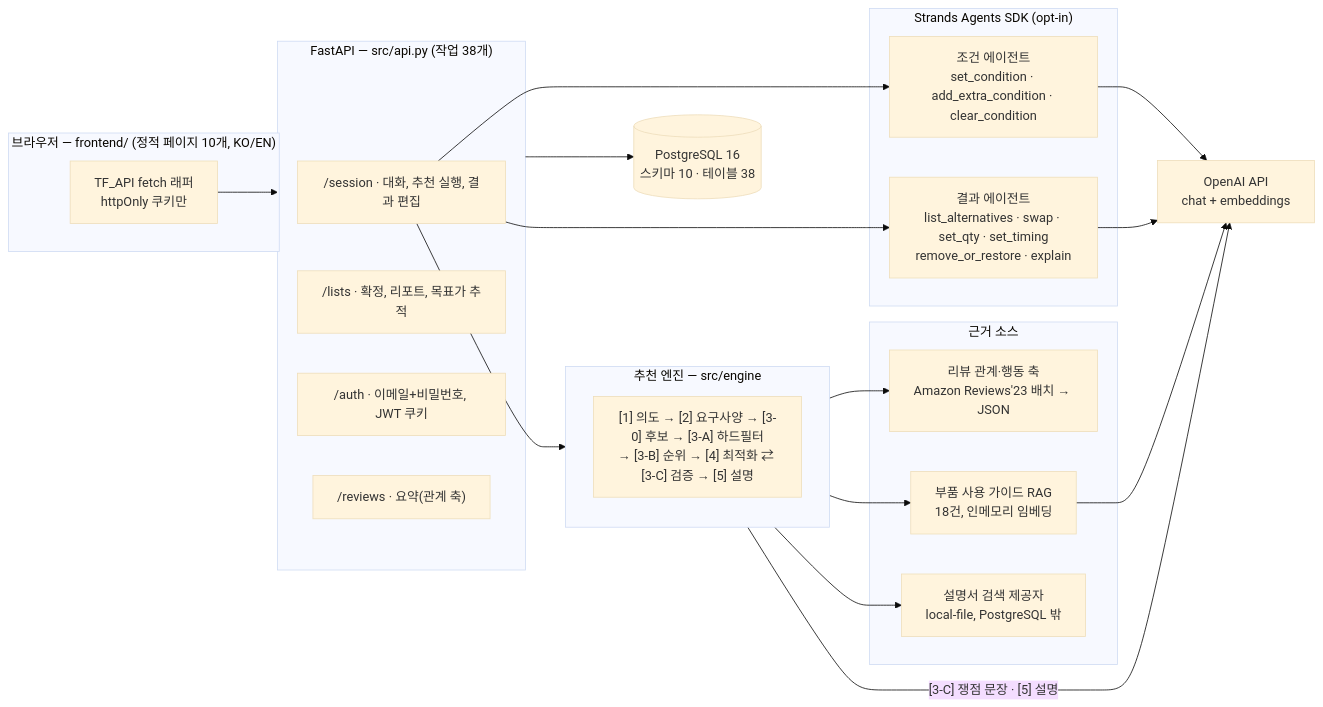
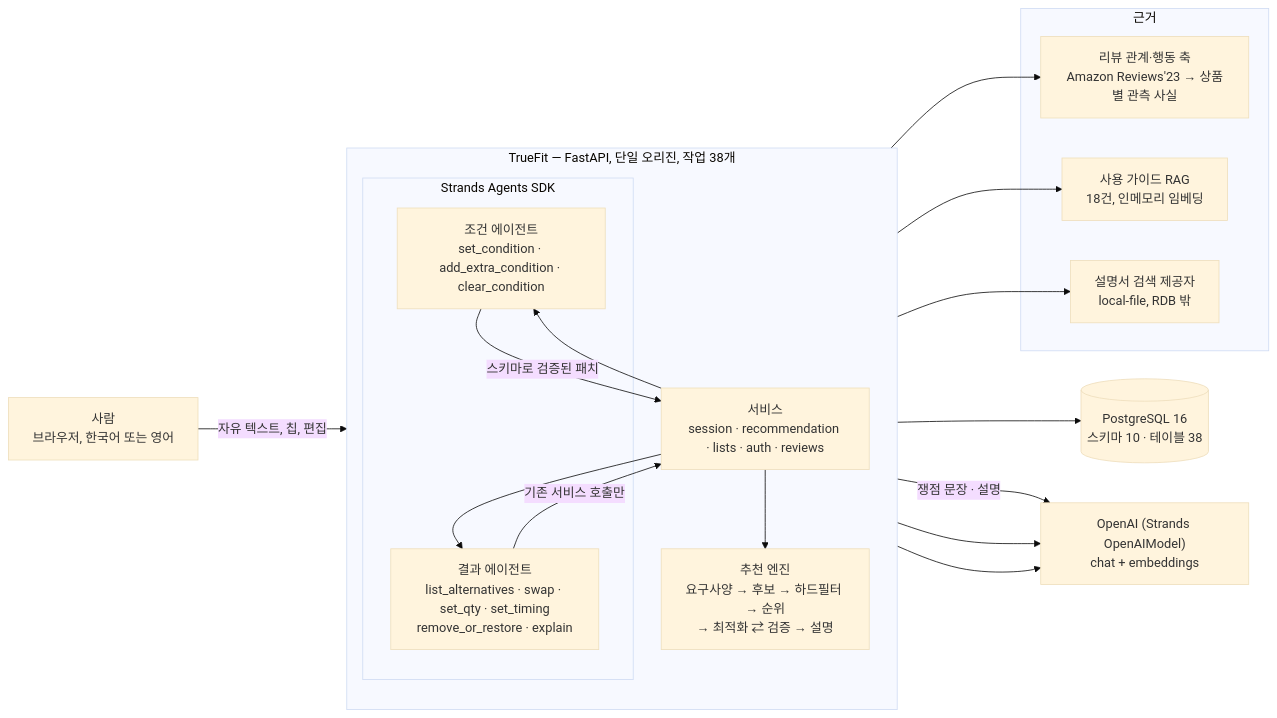
The diagram in README.ko.md (SKNETWORKS-FAMILY-AICAMP/SKN32-FINAL-4TEAM), drawn with Mermaid (base theme) before and after one commit. The commit also changed other lines of this file and 7 other files, not shown here.

````diff
--- a/README.ko.md
+++ b/README.ko.md
@@ -29,33 +85,33 @@
 ```mermaid
 flowchart LR
-  subgraph Browser["브라우저 — frontend/ (정적 페이지 10개, KO/EN)"]
-    UI["TF_API fetch 래퍼<br/>httpOnly 쿠키만"]
+  U["사람<br/>브라우저, 한국어 또는 영어"]
+  subgraph App["TrueFit — FastAPI, 단일 오리진, 작업 38개"]
+    direction TB
+    SVC["서비스<br/>session · recommendation · lists · auth · reviews"]
+    subgraph Strands["Strands Agents SDK"]
+      CA["조건 에이전트<br/>set_condition · add_extra_condition · clear_condition"]
+      RA["결과 에이전트<br/>list_alternatives · swap · set_qty · set_timing<br/>remove_or_restore · explain"]
+    end
+    ENG["추천 엔진<br/>요구사양 → 후보 → 하드필터 → 순위<br/>→ 최적화 ⇄ 검증 → 설명"]
   end
-  subgraph API["FastAPI — src/api.py (작업 38개)"]
-    S["/session · 대화, 추천 실행, 결과 편집"]
-    L["/lists · 확정, 리포트, 목표가 추적"]
-    A["/auth · 이메일+비밀번호, JWT 쿠키"]
-    RV["/reviews · 요약(관계 축)"]
-  end
-  subgraph Agents["Strands Agents SDK (opt-in)"]
-    CA["조건 에이전트<br/>set_condition · add_extra_condition · clear_condition"]
-    RA["결과 에이전트<br/>list_alternatives · swap · set_qty · set_timing<br/>remove_or_restore · explain"]
-  end
-  subgraph Engine["추천 엔진 — src/engine"]
-    E["[1] 의도 → [2] 요구사양 → [3-0] 후보 → [3-A] 하드필터<br/>→ [3-B] 순위 → [4] 최적화 ⇄ [3-C] 검증 → [5] 설명"]
-  end
-  subgraph Evidence["근거 소스"]
-    RX["리뷰 관계·행동 축<br/>Amazon Reviews'23 배치 → JSON"]
-    CG["부품 사용 가이드 RAG<br/>18건, 인메모리 임베딩"]
-    MR["설명서 검색 제공자<br/>local-file, PostgreSQL 밖"]
+  subgraph Ev["근거"]
+    RX["리뷰 관계·행동 축<br/>Amazon Reviews'23 → 상품별 관측 사실"]
+    CG["사용 가이드 RAG<br/>18건, 인메모리 임베딩"]
+    MR["설명서 검색 제공자<br/>local-file, RDB 밖"]
   end
   DB[("PostgreSQL 16<br/>스키마 10 · 테이블 38")]
-  LLM["OpenAI API<br/>chat + embeddings"]
-  UI --> API
-  S --> CA & RA & Engine
-  Engine --> RX & CG & MR
-  API --> DB
-  CA & RA --> LLM
-  Engine -- "[3-C] 쟁점 문장 · [5] 설명" --> LLM
-  CG --> LLM
+  LLM["OpenAI (Strands OpenAIModel)<br/>chat + embeddings"]
+  U -- "자유 텍스트, 칩, 편집" --> SVC
+  SVC --> CA
+  SVC --> RA
+  SVC --> ENG
+  CA -- "스키마로 검증된 패치" --> SVC
+  RA -- "기존 서비스 호출만" --> SVC
+  ENG --> RX
+  ENG --> CG
+  ENG --> MR
+  ENG -- "쟁점 문장 · 설명" --> LLM
+  CA --> LLM
+  RA --> LLM
+  SVC --> DB
 ```
````
